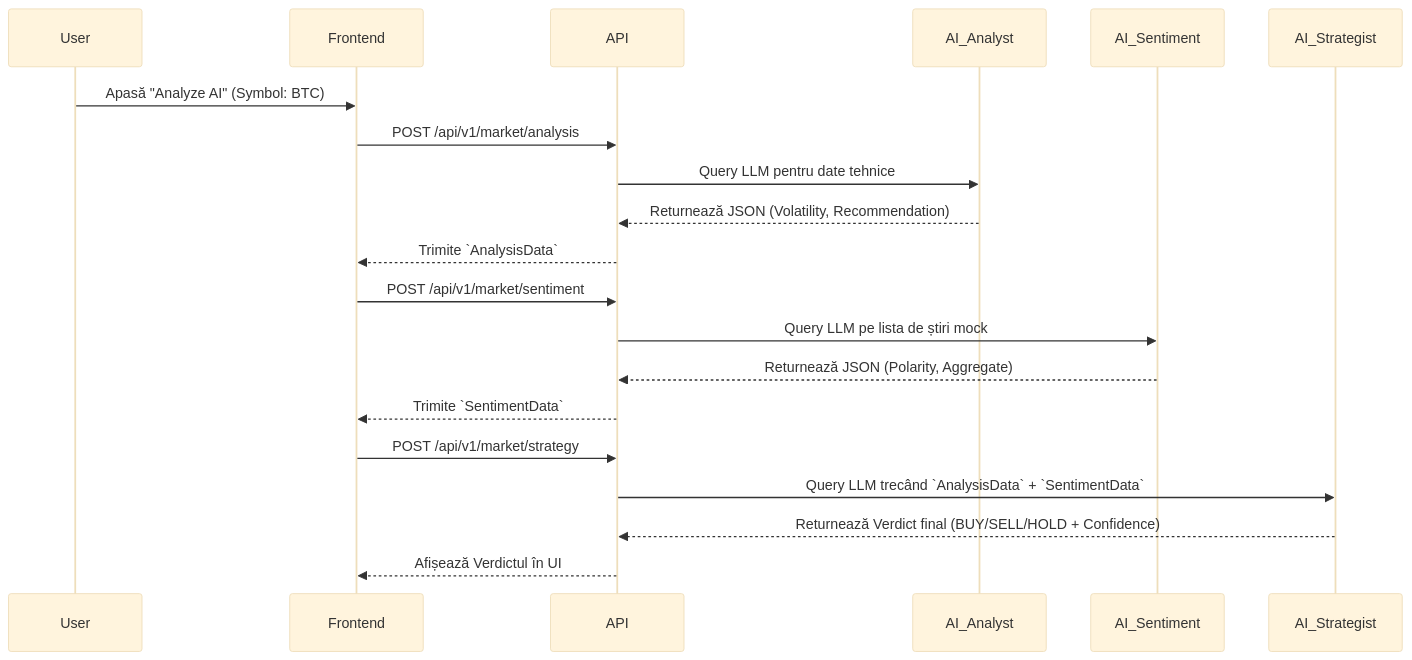
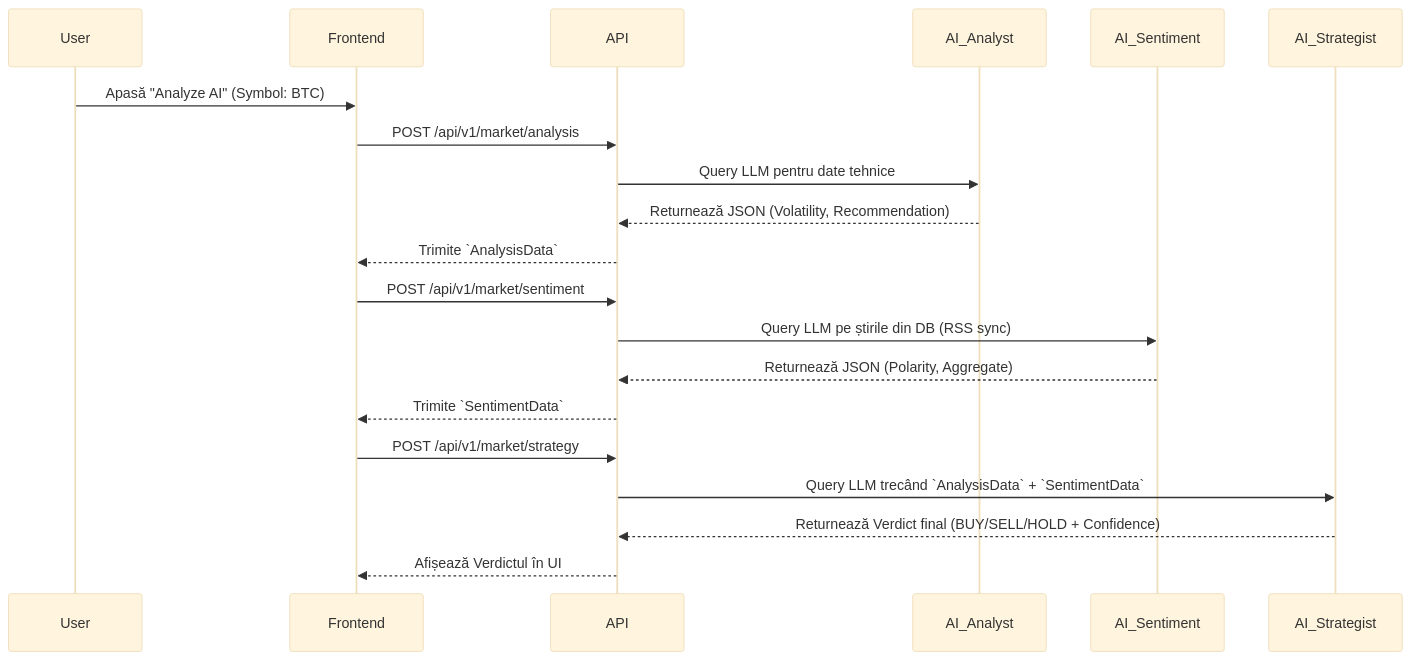
Before and after one commit to didinele/CryptoSense: the second of 2 diagrams in README.md, drawn with Mermaid (base theme). The commit also changed other lines of this file, not shown here.

````diff
--- a/README.md
+++ b/README.md
@@ -85,25 +85,25 @@
 ```mermaid
 sequenceDiagram
     participant User
     participant Frontend
     participant API
     participant AI_Analyst
     participant AI_Sentiment
     participant AI_Strategist
 
     User->>Frontend: Apasă "Analyze AI" (Symbol: BTC)
     Frontend->>API: POST /api/v1/market/analysis
     API->>AI_Analyst: Query LLM pentru date tehnice
     AI_Analyst-->>API: Returnează JSON (Volatility, Recommendation)
     API-->>Frontend: Trimite `AnalysisData`
 
     Frontend->>API: POST /api/v1/market/sentiment
-    API->>AI_Sentiment: Query LLM pe lista de știri mock
+    API->>AI_Sentiment: Query LLM pe știrile din DB (RSS sync)
     AI_Sentiment-->>API: Returnează JSON (Polarity, Aggregate)
     API-->>Frontend: Trimite `SentimentData`
 
     Frontend->>API: POST /api/v1/market/strategy
     API->>AI_Strategist: Query LLM trecând `AnalysisData` + `SentimentData`
     AI_Strategist-->>API: Returnează Verdict final (BUY/SELL/HOLD + Confidence)
     API-->>Frontend: Afișează Verdictul în UI
 ```
````
